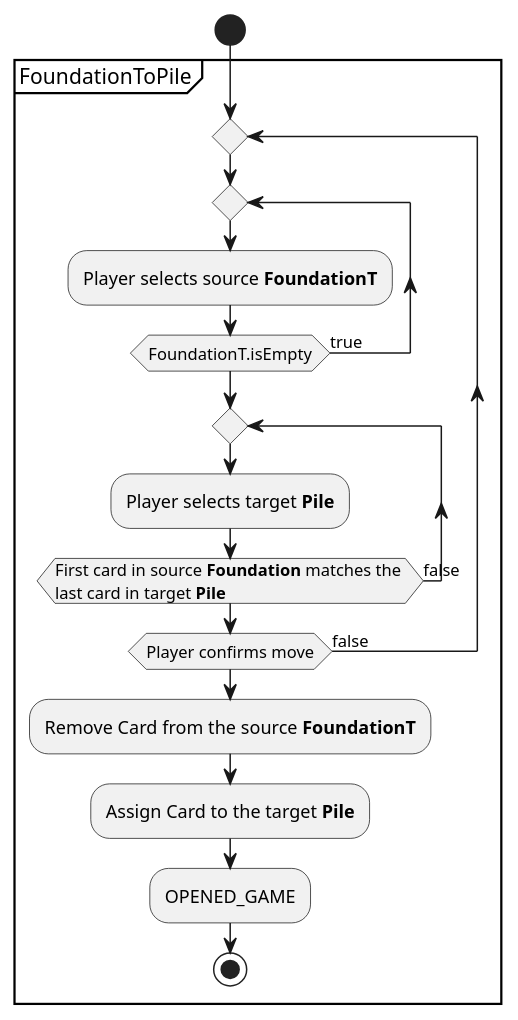
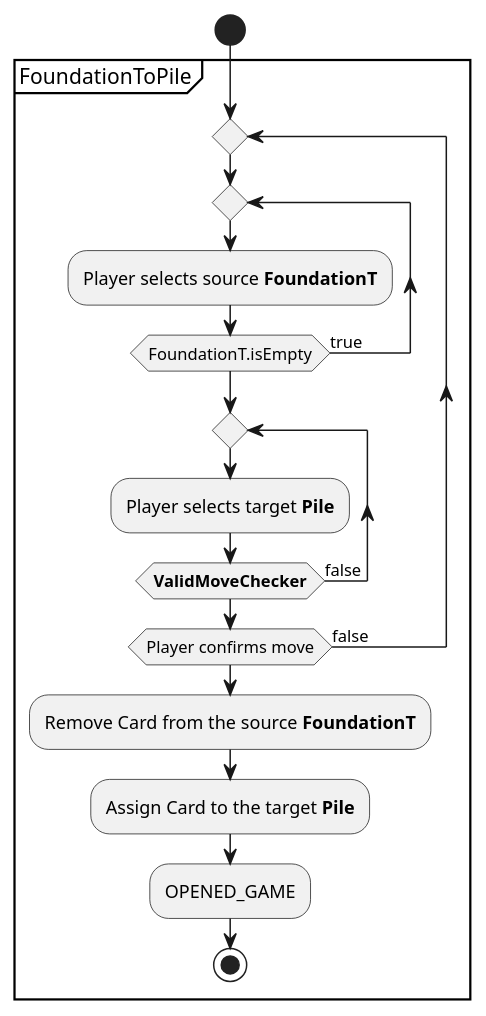
The diagram in useCaseView/FoundationToPile.puml (ciscoruiz/klondike), drawn with PlantUML before and after one commit. The commit also changed 6 other files, not shown here.

Commit message:
Define ValidMoveChecker use case

```diff
--- a/useCaseView/FoundationToPile.puml
+++ b/useCaseView/FoundationToPile.puml
@@ -1,24 +1,24 @@
 @startuml
 'https://plantuml.com/activity-diagram-beta
 
 start
 
 partition FoundationToPile {
 
 repeat
    repeat
       :Player selects source **FoundationT**;
    repeat while (FoundationT.isEmpty) is (true)
 
    repeat
       :Player selects target **Pile**;
-   repeat while (First card in source **Foundation** matches the \nlast card in target **Pile**) is (false)
+   repeat while (**ValidMoveChecker**) is (false)
 repeat while (Player confirms move) is (false)
 
 :Remove Card from the source **FoundationT**;
 :Assign Card to the target **Pile**;
 :OPENED_GAME;
 
 stop
 
 @enduml
```
